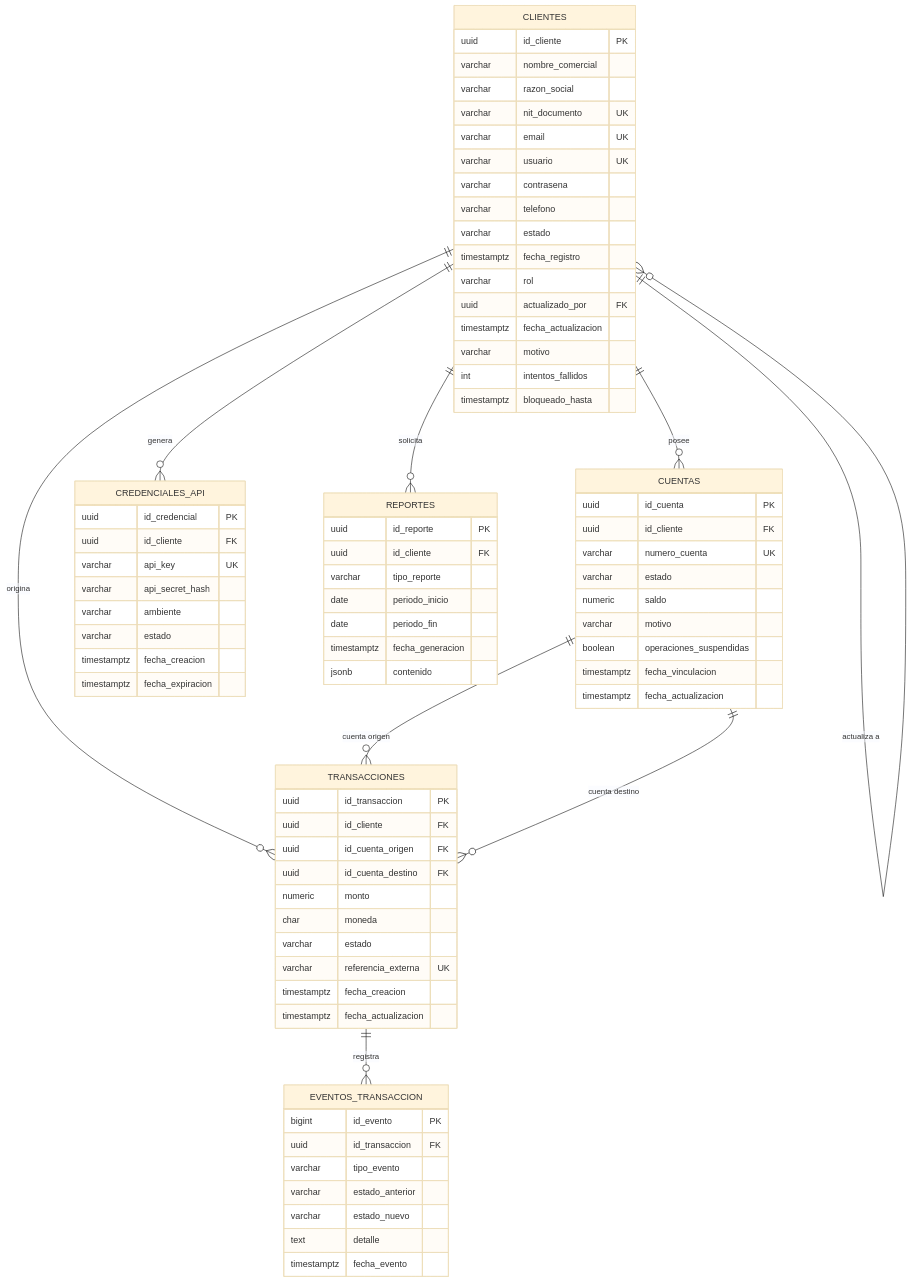
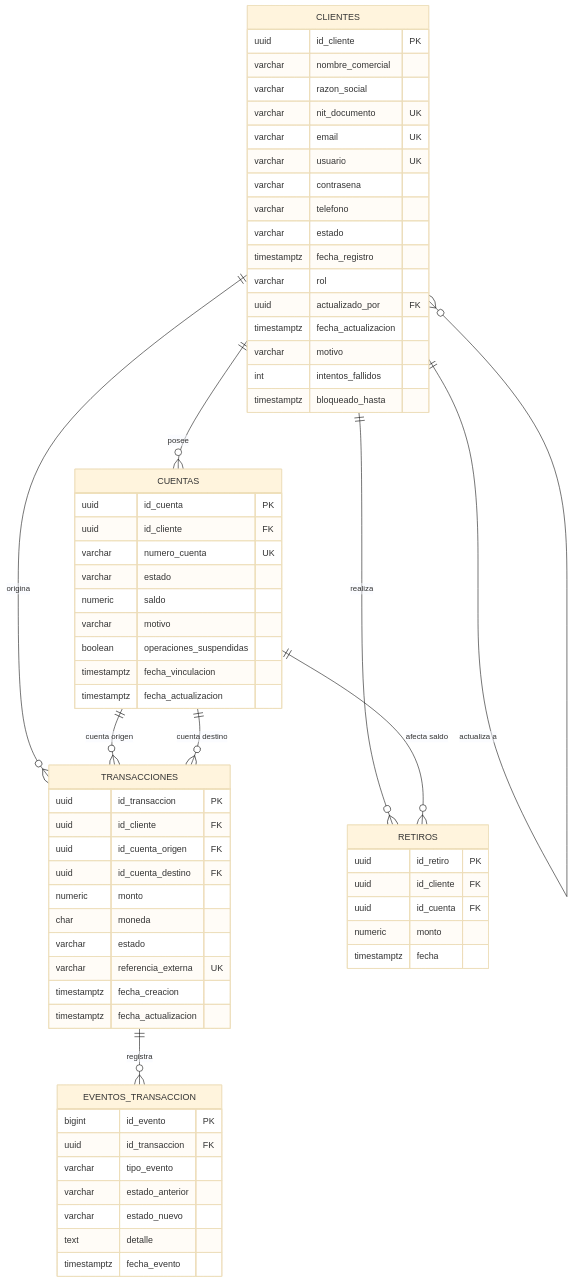
One commit to SangreNueva3d/BD-EAV08-2026-2 changed the diagram in README.md. Above: the diagram before and after it, drawn with Mermaid (base theme). The commit also changed other lines of this file, not shown here.

````diff
--- a/README.md
+++ b/README.md
@@ -58,11 +50,11 @@
 erDiagram
     CLIENTES ||--o{ CUENTAS : posee
     CLIENTES ||--o{ CLIENTES : "actualiza a"
-    CLIENTES ||--o{ CREDENCIALES_API : genera
     CLIENTES ||--o{ TRANSACCIONES : origina
-    CLIENTES ||--o{ REPORTES : solicita
+    CLIENTES ||--o{ RETIROS : realiza
     CUENTAS ||--o{ TRANSACCIONES : "cuenta origen"
     CUENTAS ||--o{ TRANSACCIONES : "cuenta destino"
+    CUENTAS ||--o{ RETIROS : "afecta saldo"
     TRANSACCIONES ||--o{ EVENTOS_TRANSACCION : registra
 
     CLIENTES {
@@ -96,17 +88,6 @@
         timestamptz fecha_actualizacion
     }
 
-    CREDENCIALES_API {
-        uuid id_credencial PK
-        uuid id_cliente FK
-        varchar api_key UK
-        varchar api_secret_hash
-        varchar ambiente
-        varchar estado
-        timestamptz fecha_creacion
-        timestamptz fecha_expiracion
-    }
-
     TRANSACCIONES {
         uuid id_transaccion PK
         uuid id_cliente FK
@@ -130,13 +111,11 @@
         timestamptz fecha_evento
     }
 
-    REPORTES {
-        uuid id_reporte PK
+    RETIROS {
+        uuid id_retiro PK
         uuid id_cliente FK
-        varchar tipo_reporte
-        date periodo_inicio
-        date periodo_fin
-        timestamptz fecha_generacion
-        jsonb contenido
+        uuid id_cuenta FK
+        numeric monto
+        timestamptz fecha
     }
 ```
````
